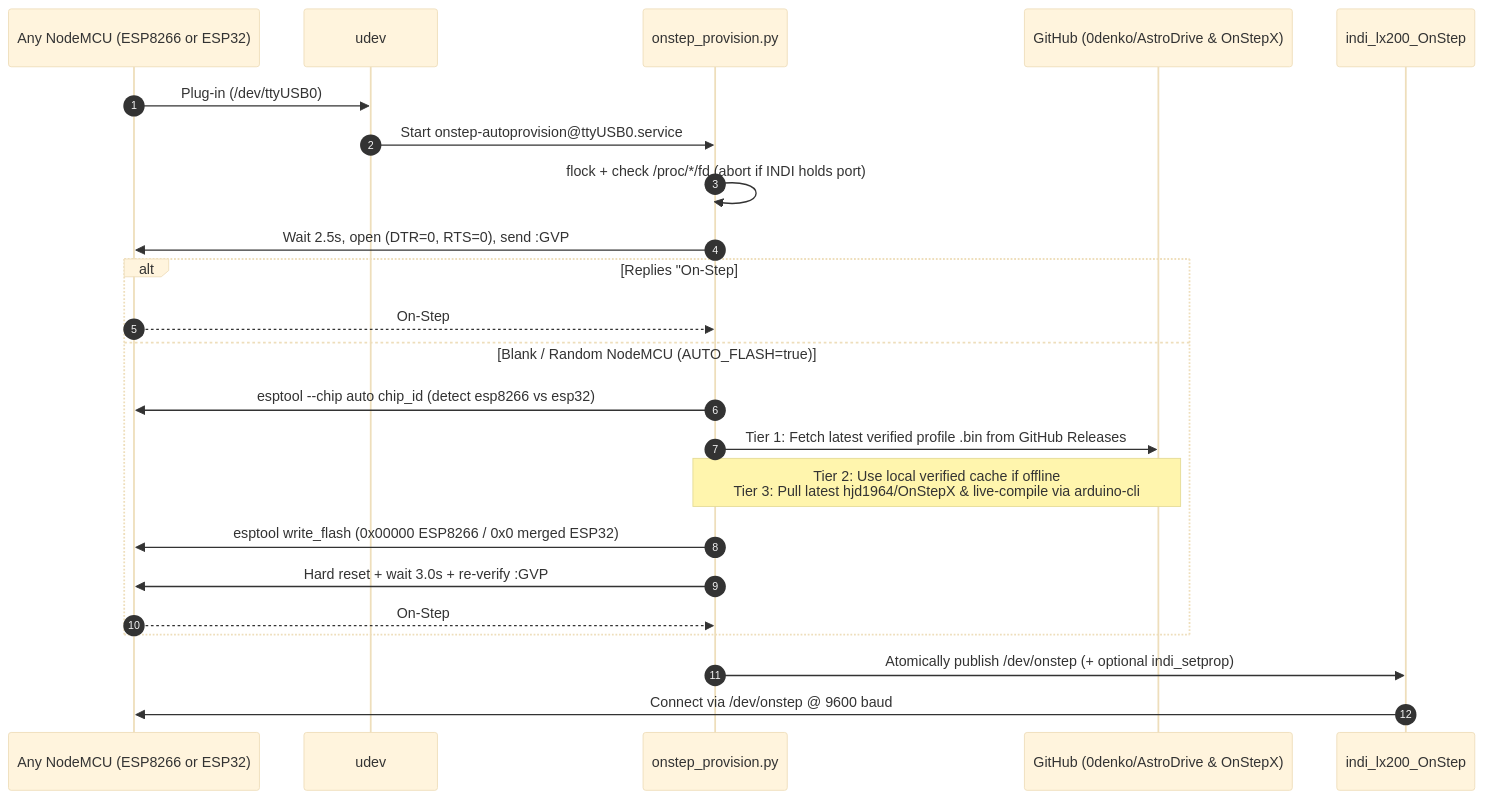
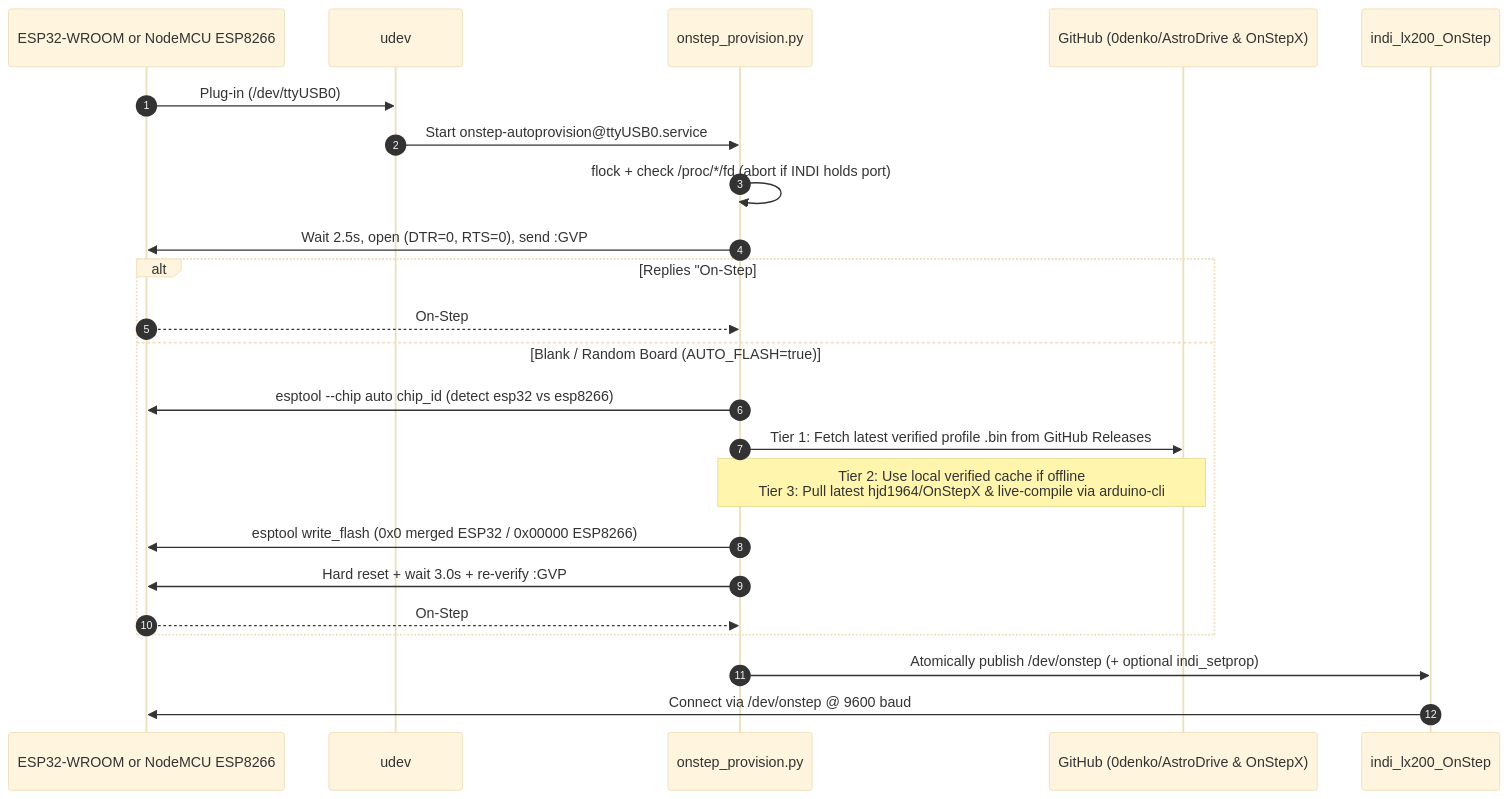
The second of 2 diagrams in README.md (0denko/AstroDrive), drawn with Mermaid (base theme) before and after one commit. The commit also changed other lines of this file and 21 other files, not shown here.

Commit message:
Switch profiles to TMC2208S standalone drivers & add ESP32/ESP8266 wiring diagrams

````diff
--- a/README.md
+++ b/README.md
@@ -43,26 +43,26 @@
 ```mermaid
 sequenceDiagram
     autonumber
-    participant USB as Any NodeMCU (ESP8266 or ESP32)
+    participant USB as ESP32-WROOM or NodeMCU ESP8266
     participant UDEV as udev
     participant SVC as onstep_provision.py
     participant NET as GitHub (0denko/AstroDrive & OnStepX)
     participant INDI as indi_lx200_OnStep
 
     USB->>UDEV: Plug-in (/dev/ttyUSB0)
     UDEV->>SVC: Start onstep-autoprovision@ttyUSB0.service
     SVC->>SVC: flock + check /proc/*/fd (abort if INDI holds port)
     SVC->>USB: Wait 2.5s, open (DTR=0, RTS=0), send :GVP# @ 9600
     alt Replies "On-Step#" (and AUTO_UPGRADE=false)
-        USB-->>SVC: On-Step# / 10.28a#
-    else Blank / Random NodeMCU (AUTO_FLASH=true)
-        SVC->>USB: esptool --chip auto chip_id (detect esp8266 vs esp32)
+        USB-->>SVC: On-Step# / 10.29f#
+    else Blank / Random Board (AUTO_FLASH=true)
+        SVC->>USB: esptool --chip auto chip_id (detect esp32 vs esp8266)
         SVC->>NET: Tier 1: Fetch latest verified profile .bin from GitHub Releases
         Note over SVC,NET: Tier 2: Use local verified cache if offline<br/>Tier 3: Pull latest hjd1964/OnStepX & live-compile via arduino-cli
-        SVC->>USB: esptool write_flash (0x00000 ESP8266 / 0x0 merged ESP32)
+        SVC->>USB: esptool write_flash (0x0 merged ESP32 / 0x00000 ESP8266)
         SVC->>USB: Hard reset + wait 3.0s + re-verify :GVP#
         USB-->>SVC: On-Step#
     end
     SVC->>INDI: Atomically publish /dev/onstep (+ optional indi_setprop)
     INDI->>USB: Connect via /dev/onstep @ 9600 baud
 ```
````
